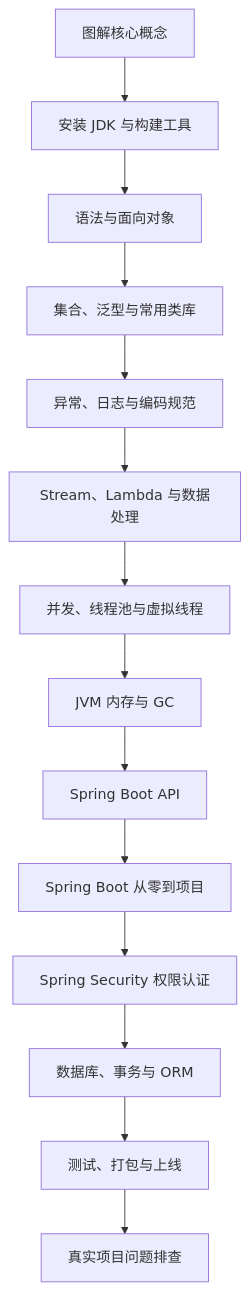
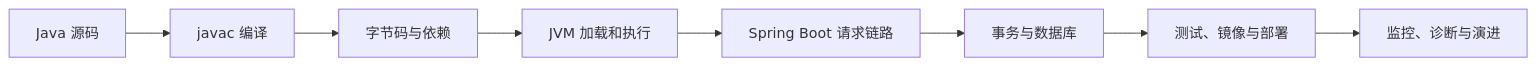
The first of 2 diagrams in docs/java/introduction.md (yokry-he/yok-study-web), drawn with Mermaid before and after one commit. The commit also changed other lines of this file and 277 other files, not shown here.

````diff
--- a/docs/java/introduction.md
+++ b/docs/java/introduction.md
@@ -26,16 +29,10 @@
 ```mermaid
-flowchart TD
-  A[图解核心概念] --> B[安装 JDK 与构建工具]
-  B --> C[语法与面向对象]
-  C --> D[集合、泛型与常用类库]
-  D --> E[异常、日志与编码规范]
-  E --> F[Stream、Lambda 与数据处理]
-  F --> G[并发、线程池与虚拟线程]
-  G --> H[JVM 内存与 GC]
-  H --> I[Spring Boot API]
-  I --> J[Spring Boot 从零到项目]
-  J --> K[Spring Security 权限认证]
-  K --> L[数据库、事务与 ORM]
-  L --> M[测试、打包与上线]
-  M --> N[真实项目问题排查]
+flowchart LR
+  A["Java 源码"] --> B["javac 编译"]
+  B --> C["字节码与依赖"]
+  C --> D["JVM 加载和执行"]
+  D --> E["Spring Boot 请求链路"]
+  E --> F["事务与数据库"]
+  F --> G["测试、镜像与部署"]
+  G --> H["监控、诊断与演进"]
 ```
````
